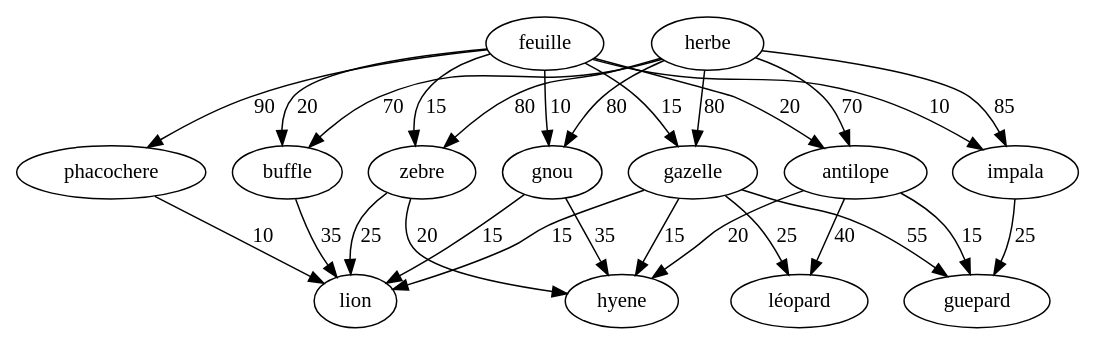
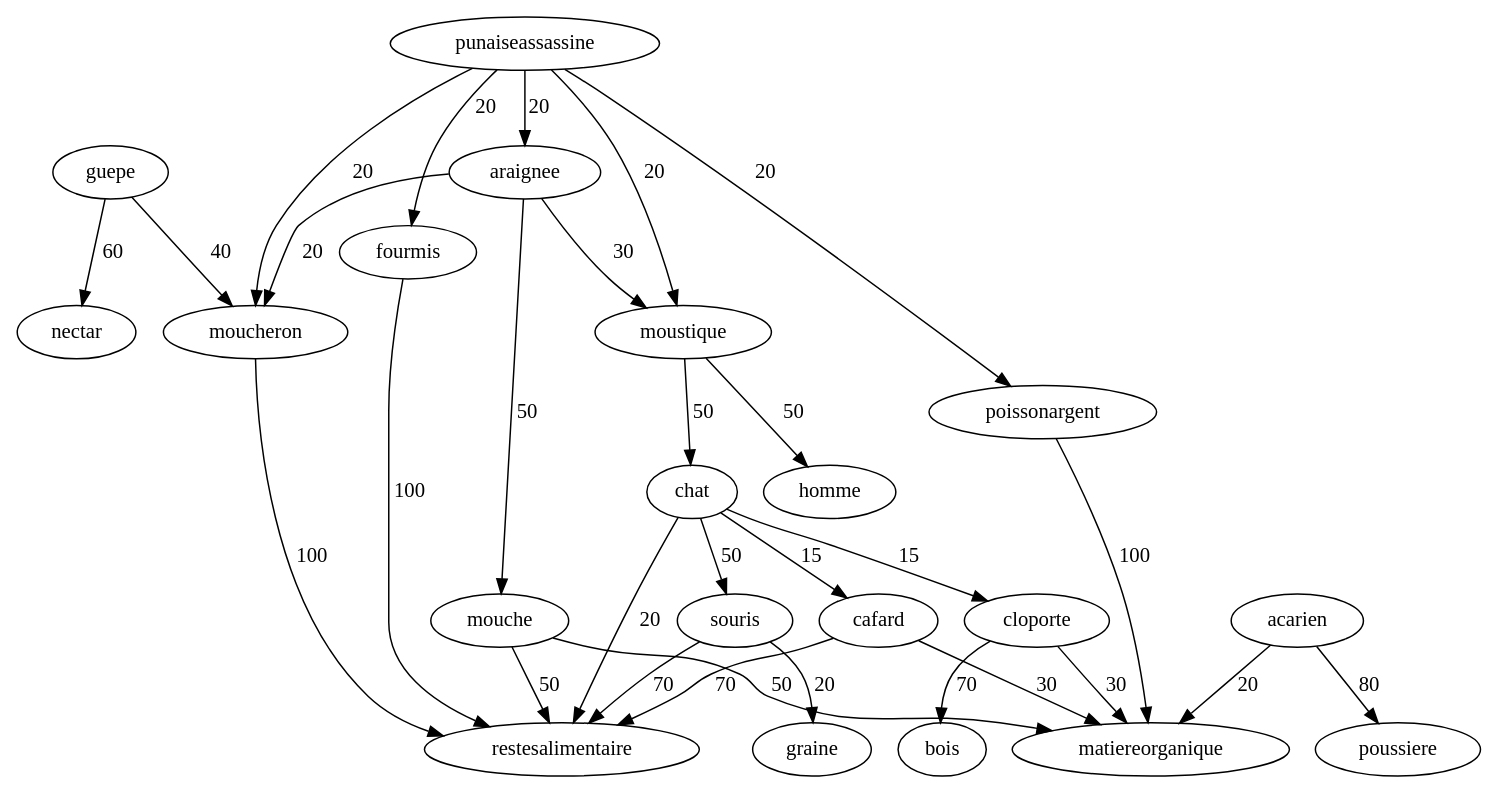
One commit to Thierryhuang12/projetTG changed the diagram in projet_th/cmake-build-debug/graphe.dot. Above: the diagram before and after it, drawn with Graphviz. The commit also changed other lines of this file and 20 other files, not shown here.

```diff
--- a/projet_th/cmake-build-debug/graphe.dot
+++ b/projet_th/cmake-build-debug/graphe.dot
@@ -1,30 +1,31 @@
-digraph mongraphe {
-
-phacochere -> lion [label="10"];
-buffle -> lion [label="35"];
-zebre -> lion [label="25"];
-gnou -> lion [label="15"];
-gazelle -> lion [label="15"];
-antilope -> léopard [label="40"];
-gazelle -> léopard [label="25"];
-gazelle -> guepard [label="55"];
-impala -> guepard [label="25"];
-antilope -> guepard [label="15"];
-gnou -> hyene [label="35"];
-zebre -> hyene [label="20"];
-gazelle -> hyene [label="15"];
-antilope -> hyene [label="20"];
-feuille -> phacochere [label="90"];
-herbe -> gazelle [label="80"];
-feuille -> gazelle [label="15"];
-herbe -> zebre [label="80"];
-feuille -> zebre [label="15"];
-herbe -> gnou [label="80"];
-feuille -> gnou [label="10"];
-herbe -> antilope [label="70"];
-feuille -> antilope [label="20"];
-herbe -> impala [label="85"];
-feuille -> impala [label="10"];
-herbe -> buffle [label="70"];
-feuille -> buffle [label="20"];
+digraph graphe {
+    fourmis -> restesalimentaire [label="100"];
+    cafard -> matiereorganique [label="30"];
+    cafard -> restesalimentaire [label="70"];
+    moucheron -> restesalimentaire [label="100"];
+    moustique -> chat [label="50"];
+    moustique -> homme [label="50"];
+    mouche -> matiereorganique [label="50"];
+    mouche -> restesalimentaire [label="50"];
+    cloporte -> matiereorganique [label="30"];
+    cloporte -> bois [label="70"];
+    guepe -> moucheron [label="40"];
+    guepe -> nectar [label="60"];
+    poissonargent -> matiereorganique [label="100"];
+    punaiseassassine -> fourmis [label="20"];
+    punaiseassassine -> moucheron [label="20"];
+    punaiseassassine -> moustique [label="20"];
+    punaiseassassine -> poissonargent [label="20"];
+    punaiseassassine -> araignee [label="20"];
+    araignee -> moucheron [label="20"];
+    araignee -> moustique [label="30"];
+    araignee -> mouche [label="50"];
+    chat -> cafard [label="15"];
+    chat -> cloporte [label="15"];
+    chat -> souris [label="50"];
+    chat -> restesalimentaire [label="20"];
+    souris -> restesalimentaire [label="70"];
+    souris -> graine [label="20"];
+    acarien -> matiereorganique [label="20"];
+    acarien -> poussiere [label="80"];
 }
```
